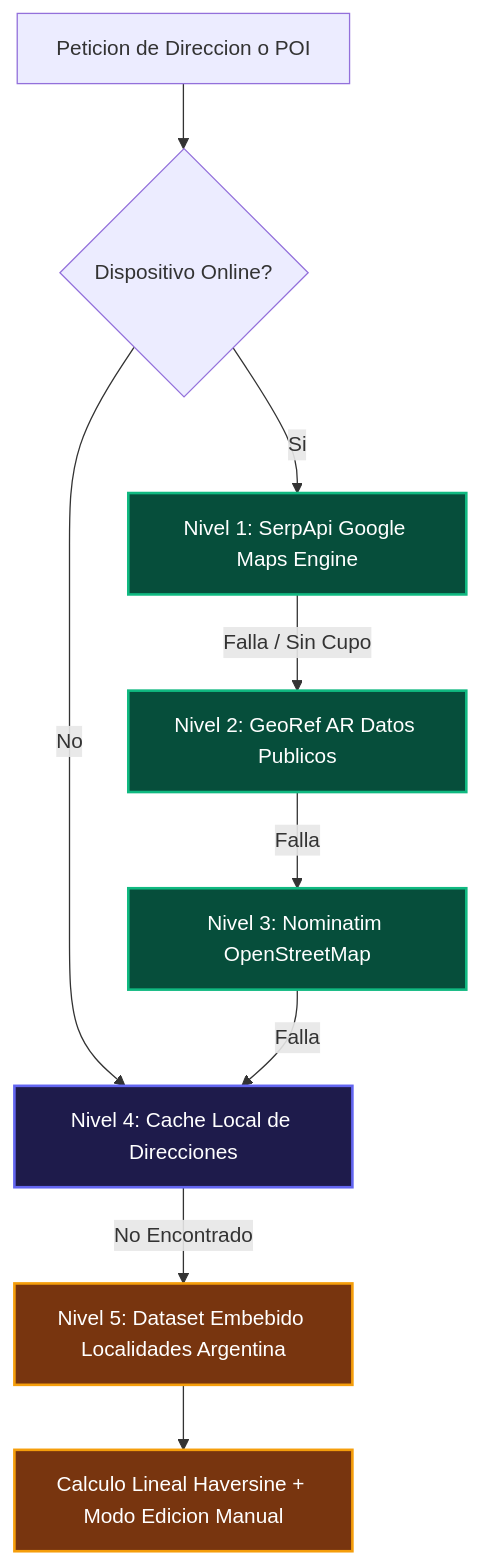
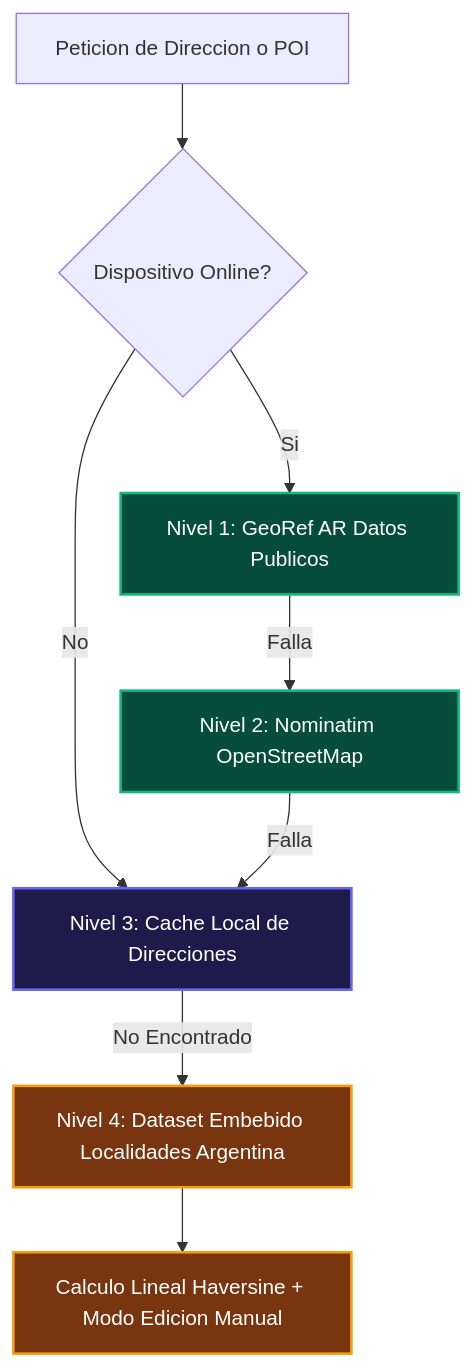
The fourth of 4 diagrams in DESIGN.md (agus123e21/TerMate), drawn with Mermaid before and after one commit. The commit also changed other lines of this file and 2 other files, not shown here.

````diff
--- a/DESIGN.md
+++ b/DESIGN.md
@@ -115,18 +115,17 @@
 ```mermaid
 graph TD
     classDef online fill:#064e3b,stroke:#10b981,stroke-width:2px,color:#ffffff;
     classDef fallback fill:#78350f,stroke:#f59e0b,stroke-width:2px,color:#ffffff;
     classDef local fill:#1e1b4b,stroke:#6366f1,stroke-width:2px,color:#ffffff;
 
     Req[Peticion de Direccion o POI] --> CheckNet{Dispositivo Online?}
     
-    CheckNet -- Si --> SerpApi[Nivel 1: SerpApi Google Maps Engine]:::online
-    SerpApi -- Falla / Sin Cupo --> GeoRef[Nivel 2: GeoRef AR Datos Publicos]:::online
-    GeoRef -- Falla --> Nominatim[Nivel 3: Nominatim OpenStreetMap]:::online
+    CheckNet -- Si --> GeoRef[Nivel 1: GeoRef AR Datos Publicos]:::online
+    GeoRef -- Falla --> Nominatim[Nivel 2: Nominatim OpenStreetMap]:::online
     
-    CheckNet -- No --> CacheGeo[Nivel 4: Cache Local de Direcciones]:::local
+    CheckNet -- No --> CacheGeo[Nivel 3: Cache Local de Direcciones]:::local
     Nominatim -- Falla --> CacheGeo
-    CacheGeo -- No Encontrado --> FallbackDataset[Nivel 5: Dataset Embebido Localidades Argentina]:::fallback
+    CacheGeo -- No Encontrado --> FallbackDataset[Nivel 4: Dataset Embebido Localidades Argentina]:::fallback
     
     FallbackDataset --> HaversineCalc[Calculo Lineal Haversine + Modo Edicion Manual]:::fallback
 ```
````
